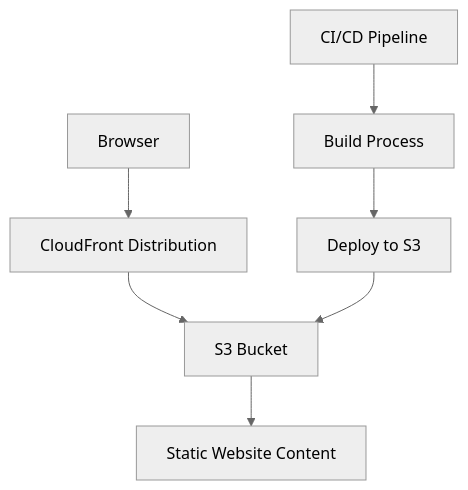
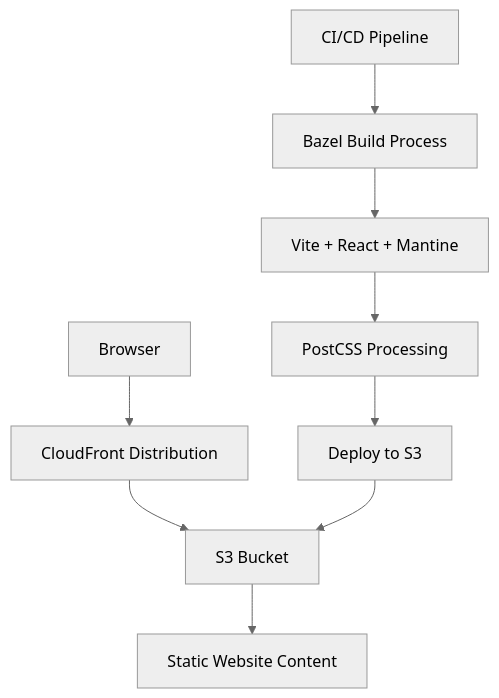
The diagram in personal_website_web/README.md (jordansimsmith/jordansimsmith-com), drawn with Mermaid (neutral theme) before and after one commit. The commit also changed other lines of this file and 11 other files, not shown here.

````diff
--- a/personal_website_web/README.md
+++ b/personal_website_web/README.md
@@ -7,9 +7,11 @@
 ```mermaid
 graph TD
   A[Browser] --> B[CloudFront Distribution]
   B --> C[S3 Bucket]
   C --> D[Static Website Content]
-  E[CI/CD Pipeline] --> F[Build Process]
-  F --> G[Deploy to S3]
-  G --> C
+  E[CI/CD Pipeline] --> F[Bazel Build Process]
+  F --> G[Vite + React + Mantine]
+  G --> H[PostCSS Processing]
+  H --> I[Deploy to S3]
+  I --> C
 ```
````
